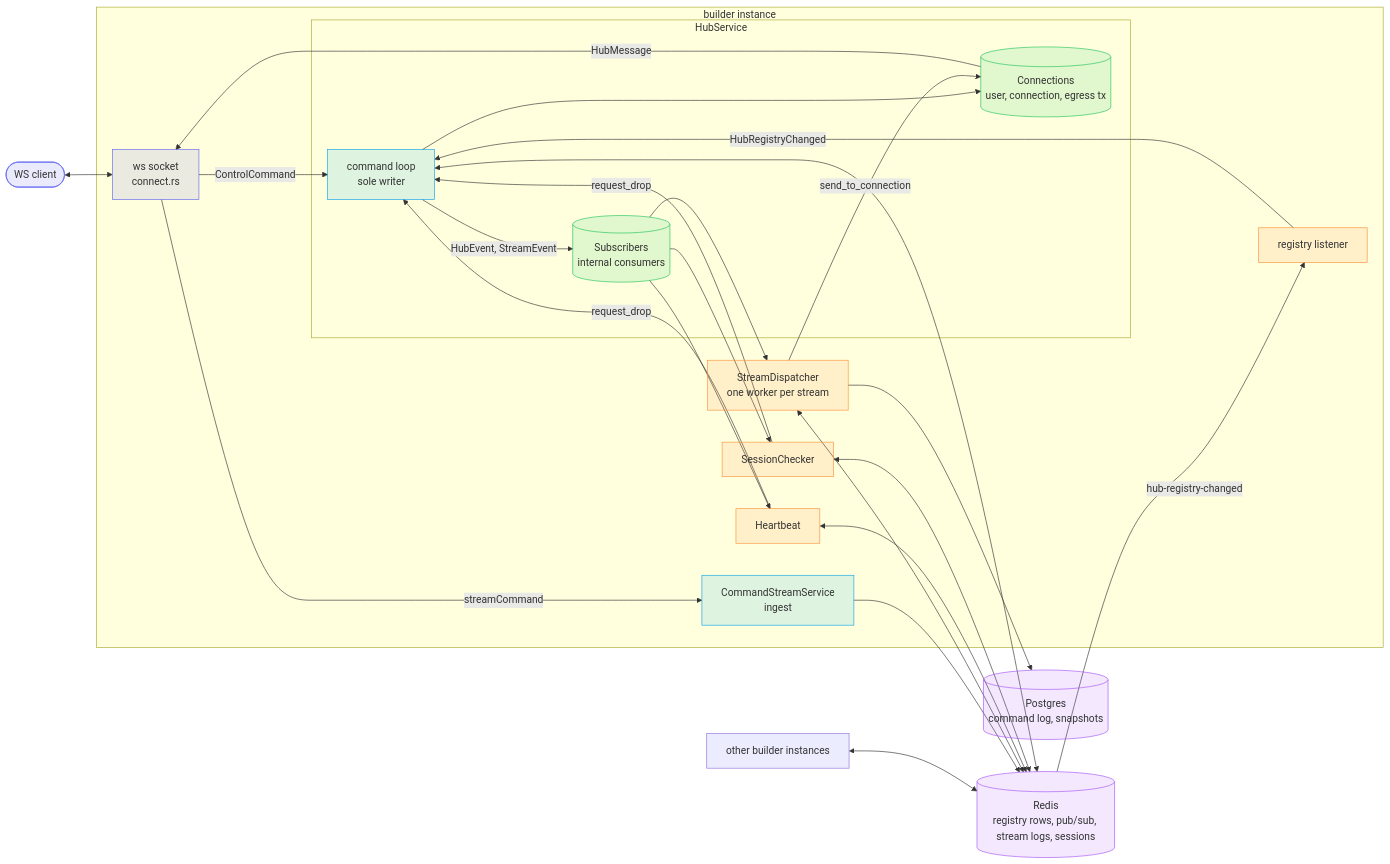
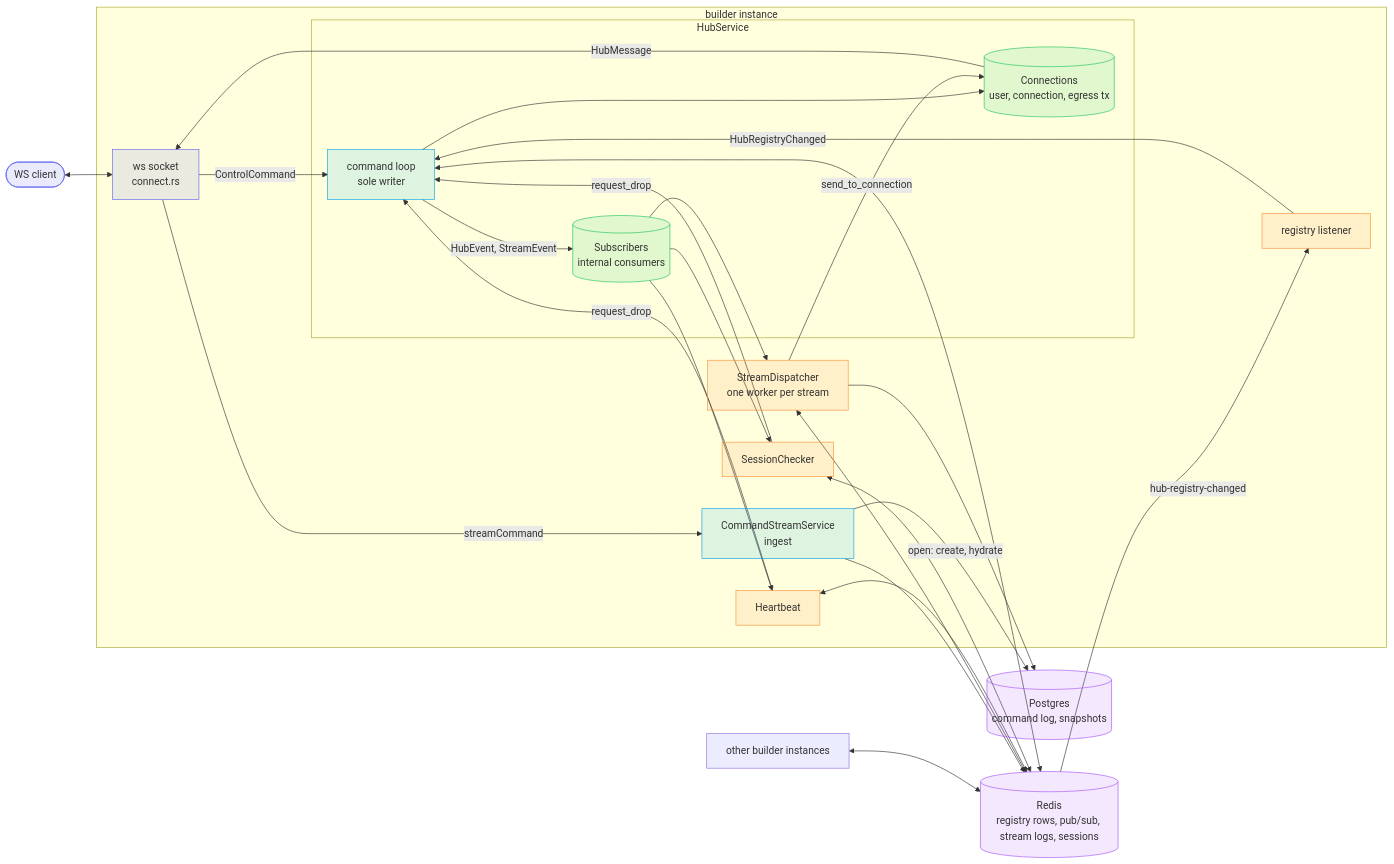
Before and after one commit to gzp79/shine-services: the first of 12 diagrams in docs/services/builder/hub.md, drawn with Mermaid. The commit also changed other lines of this file and 3 other files, not shown here.

````diff
--- a/docs/services/builder/hub.md
+++ b/docs/services/builder/hub.md
@@ -13,44 +13,45 @@
 ```mermaid
 flowchart LR
     classDef indigo fill:#6366f122,stroke:#6366f1
     classDef blue fill:#0ea5e922,stroke:#0ea5e9
     classDef green fill:#22c55e22,stroke:#22c55e
     classDef orange fill:#fb923c22,stroke:#fb923c
     classDef violet fill:#a855f722,stroke:#a855f7
 
     client(["WS client"]):::indigo
     subgraph instance ["builder instance"]
         ws["ws socket<br/>connect.rs"]:::indigo
         subgraph hub ["HubService"]
             cmdloop["command loop<br/>sole writer"]:::blue
             conns[("Connections<br/>user, connection, egress tx")]:::green
             subs[("Subscribers<br/>internal consumers")]:::green
         end
         hb["Heartbeat"]:::orange
         sc["SessionChecker"]:::orange
         sd["StreamDispatcher<br/>one worker per stream"]:::orange
         ing["CommandStreamService<br/>ingest"]:::blue
         rl["registry listener"]:::orange
     end
     redis[("Redis<br/>registry rows, pub/sub, stream logs, sessions")]:::violet
     pg[("Postgres<br/>command log, snapshots")]:::violet
     other["other builder instances"]
 
     client <--> ws
     ws -- ControlCommand --> cmdloop
     ws -- streamCommand --> ing
     ing --> redis
+    ing -- "open: create, hydrate" --> pg
     cmdloop --> conns
-    cmdloop -- HubEvent, StreamEvent --> subs
+    cmdloop -- "HubEvent, StreamEvent" --> subs
     subs --> hb & sc & sd
     hb & sc -- request_drop --> cmdloop
     sd -- send_to_connection --> conns
     sd <--> redis
     sd --> pg
     conns -- HubMessage --> ws
     cmdloop <--> redis
     hb & sc <--> redis
     rl -- HubRegistryChanged --> cmdloop
     redis -- hub-registry-changed --> rl
     other <--> redis
 ```
````
